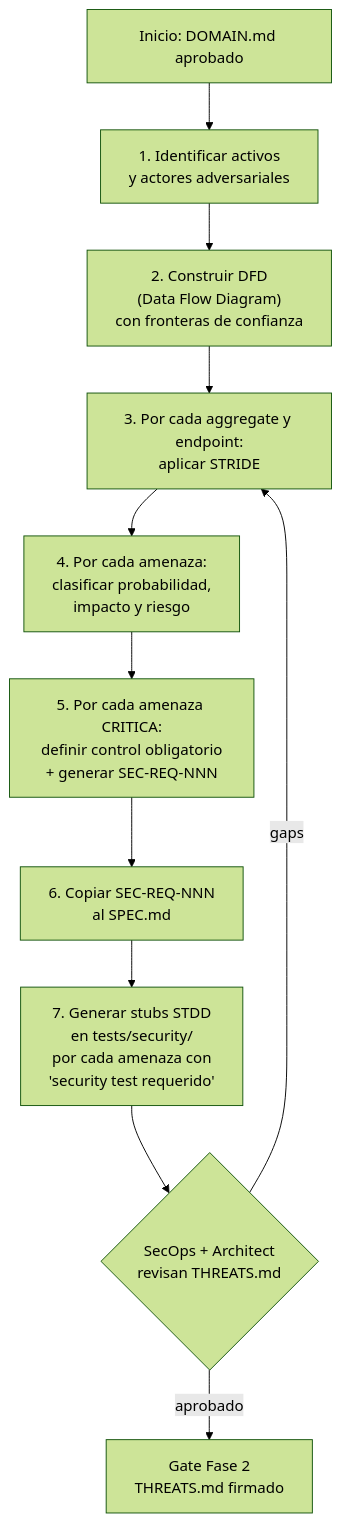
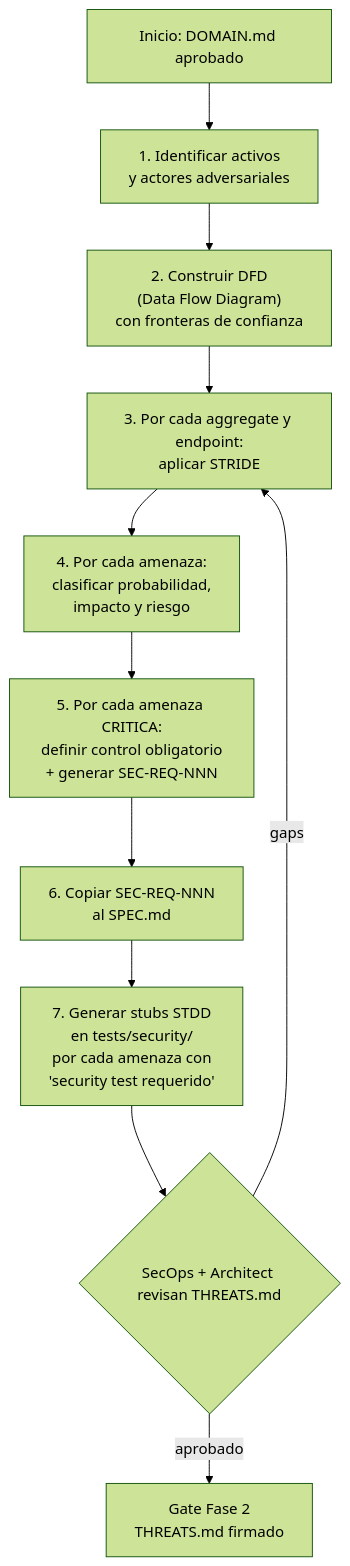
Before and after one commit to Cucholambr3ta/x-dd: the first of 3 diagrams in docs/disciplinas/THREAT-DRIVEN.md, drawn with Mermaid (forest theme). The commit also changed 13 other files, not shown here.

First line of the commit message:
fix(docs): Mermaid labels con caracteres especiales entre comillas

````diff
--- a/docs/disciplinas/THREAT-DRIVEN.md
+++ b/docs/disciplinas/THREAT-DRIVEN.md
@@ -65,13 +65,13 @@
 ```mermaid
 flowchart TD
     START["Inicio: DOMAIN.md aprobado"] --> S1["1. Identificar activos\ny actores adversariales"]
     S1 --> S2["2. Construir DFD\n(Data Flow Diagram)\ncon fronteras de confianza"]
     S2 --> S3["3. Por cada aggregate y endpoint:\naplicar STRIDE"]
     S3 --> S4["4. Por cada amenaza:\nclasificar probabilidad,\nimpacto y riesgo"]
     S4 --> S5["5. Por cada amenaza CRITICA:\ndefinir control obligatorio\n+ generar SEC-REQ-NNN"]
     S5 --> S6["6. Copiar SEC-REQ-NNN\nal SPEC.md"]
     S6 --> S7["7. Generar stubs STDD\nen tests/security/\npor cada amenaza con\n'security test requerido'"]
-    S7 --> REVIEW{SecOps + Architect\nrevisan THREATS.md}
+    S7 --> REVIEW{"SecOps + Architect revisan THREATS.md"}
     REVIEW -->|"gaps"| S3
     REVIEW -->|"aprobado"| GATE["Gate Fase 2\nTHREATS.md firmado"]
 ```
````
